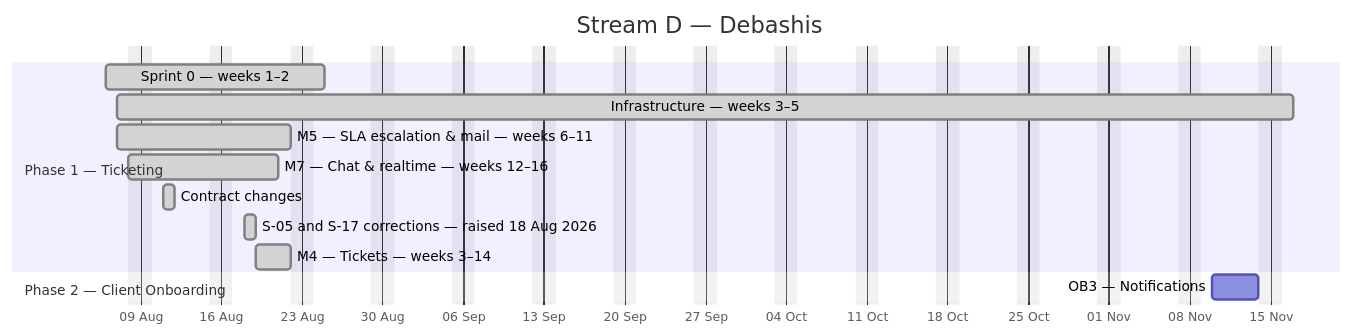
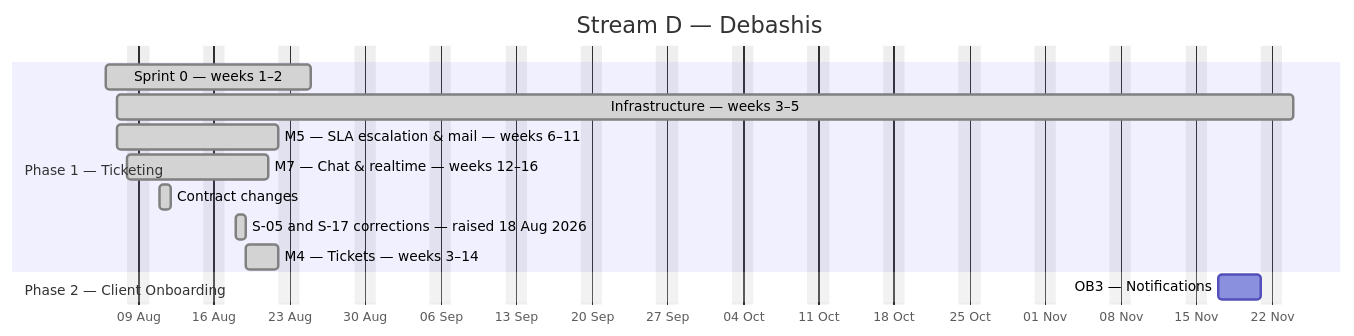
One commit to debashisedunext/EduTrack changed the fourth of 4 diagrams in docs/plan/GANTT.md. Above: the diagram before and after it, drawn with Mermaid. The commit also changed other lines of this file and 2 other files, not shown here.

````diff
--- a/docs/plan/GANTT.md
+++ b/docs/plan/GANTT.md
@@ -173,17 +173,17 @@
 ```mermaid
 gantt
     dateFormat YYYY-MM-DD
     axisFormat %d %b
     title Stream D — Debashis
     excludes weekends
     section Phase 1 — Ticketing
     Sprint 0 — weeks 1–2 :done, d0, 2026-08-06, 13d
-    Infrastructure — weeks 3–5 :done, d1, 2026-08-07, 72d
+    Infrastructure — weeks 3–5 :done, d1, 2026-08-07, 77d
     M5 — SLA  escalation & mail — weeks 6–11 :done, d2, 2026-08-07, 11d
     M7 — Chat & realtime — weeks 12–16 :done, d3, 2026-08-08, 10d
     Contract changes :done, d4, 2026-08-11, 1d
     S-05 and S-17 corrections — raised 18 Aug 2026 :done, d5, 2026-08-18, 1d
     M4 — Tickets — weeks 3–14 :done, d6, 2026-08-19, 3d
     section Phase 2 — Client Onboarding
-    OB3 — Notifications :d7, 2026-11-10, 4d
+    OB3 — Notifications :d7, 2026-11-17, 4d
 ```
````
